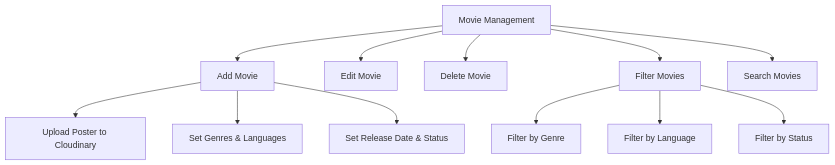
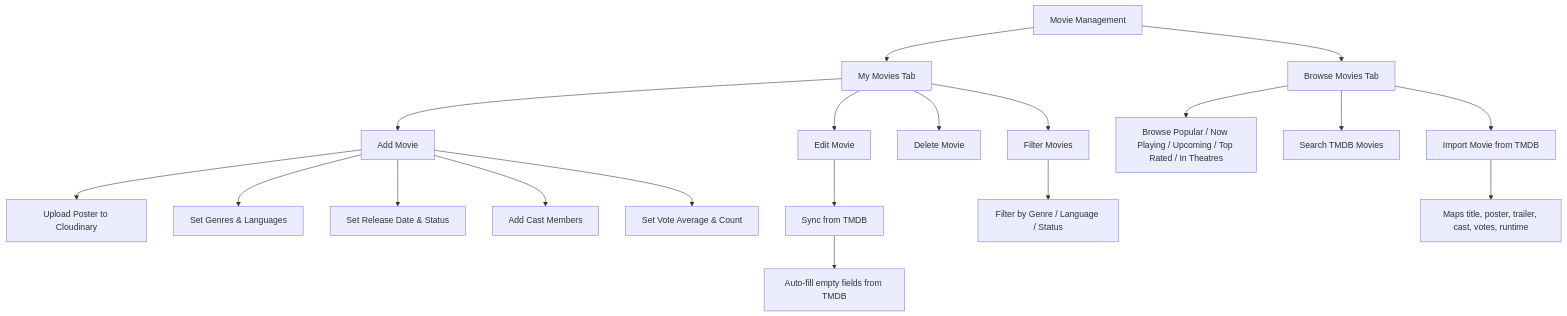
Before and after one commit to hduraimurugan/cinema-app-docs: the sixth of 17 diagrams in admin.md, drawn with Mermaid. The commit also changed other lines of this file and 1 other file, not shown here.

Commit message:
update: enhance admin and backend documentation with TMDB integration details; include movie management updates, new fields, and API proxy information

````diff
--- a/admin.md
+++ b/admin.md
@@ -421,16 +421,26 @@
 ```mermaid
 flowchart TD
-    A[Movie Management] --> B[Add Movie]
-    A --> C[Edit Movie]
-    A --> D[Delete Movie]
-    A --> E[Filter Movies]
-    A --> F[Search Movies]
+    A[Movie Management] --> B[My Movies Tab]
+    A --> C[Browse Movies Tab]
 
-    B --> G[Upload Poster to Cloudinary]
-    B --> H[Set Genres & Languages]
-    B --> I[Set Release Date & Status]
+    B --> D[Add Movie]
+    B --> E[Edit Movie]
+    B --> F[Delete Movie]
+    B --> G[Filter Movies]
 
-    E --> J[Filter by Genre]
-    E --> K[Filter by Language]
-    E --> L[Filter by Status]
+    D --> H[Upload Poster to Cloudinary]
+    D --> I[Set Genres & Languages]
+    D --> J[Set Release Date & Status]
+    D --> K[Add Cast Members]
+    D --> L[Set Vote Average & Count]
+
+    E --> M[Sync from TMDB]
+    M --> N[Auto-fill empty fields from TMDB]
+
+    C --> O[Browse Popular / Now Playing / Upcoming / Top Rated / In Theatres]
+    C --> P[Search TMDB Movies]
+    C --> Q[Import Movie from TMDB]
+    Q --> R[Maps title, poster, trailer, cast, votes, runtime]
+
+    G --> S[Filter by Genre / Language / Status]
 ```
````
